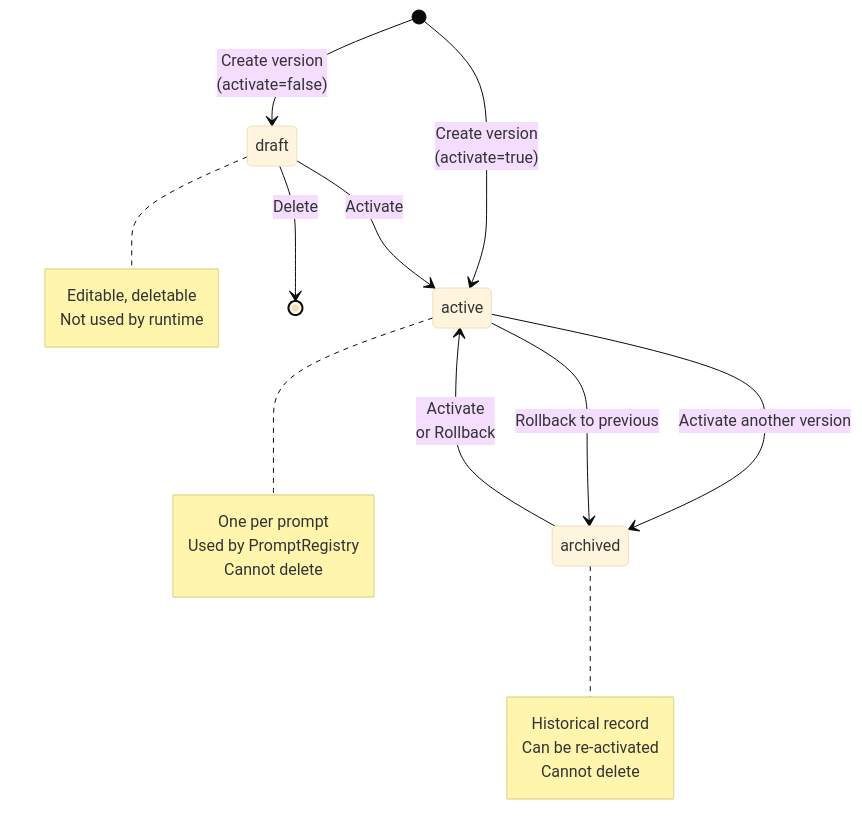
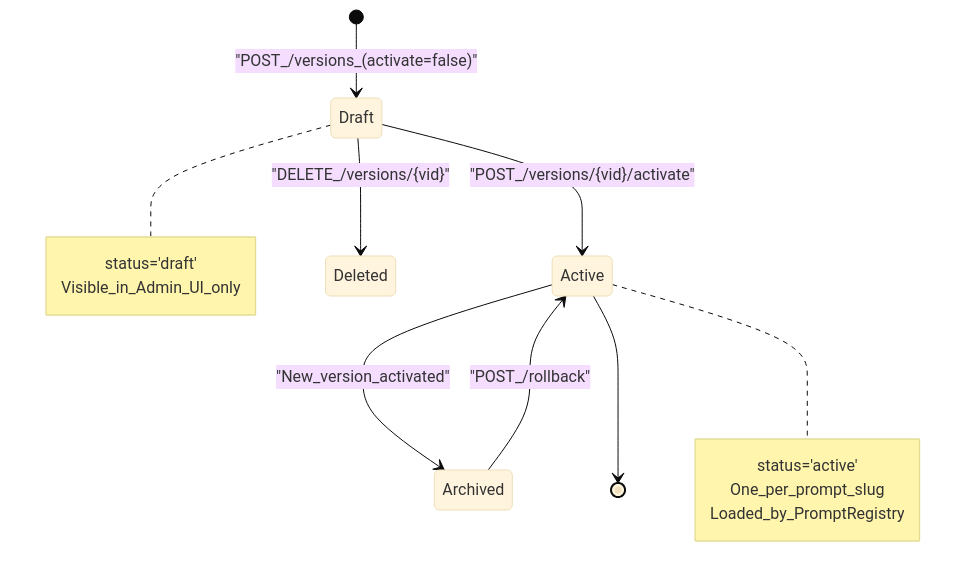
One commit to AutomatosAI/automatos-ai changed the second of 3 diagrams in docs/prompt-optimization/system-prompt-management.md. Above: the diagram before and after it, drawn with Mermaid (base theme). The commit also changed other lines of this file and 149 other files, not shown here.

Commit message:
docs: refresh documentation with graphify semantic scan

````diff
--- a/docs/prompt-optimization/system-prompt-management.md
+++ b/docs/prompt-optimization/system-prompt-management.md
@@ -593,30 +116,20 @@
 ```mermaid
 stateDiagram-v2
-    [*] --> draft : Create version<br/>(activate=false)
-    [*] --> active : Create version<br/>(activate=true)
+    [*] --> Draft : "POST_/versions_(activate=false)"
+    Draft --> Active : "POST_/versions/{vid}/activate"
+    Draft --> Deleted : "DELETE_/versions/{vid}"
+    Active --> Archived : "New_version_activated"
+    Archived --> Active : "POST_/rollback"
+    Active --> [*]
     
-    draft --> active : Activate
-    draft --> [*] : Delete
-    
-    active --> archived : Activate another version
-    active --> archived : Rollback to previous
-    
-    archived --> active : Activate<br/>or Rollback
-    
-    note right of draft
-        Editable, deletable
-        Not used by runtime
+    note right of Draft
+        status='draft'
+        Visible_in_Admin_UI_only
     end note
     
-    note right of active
-        One per prompt
-        Used by PromptRegistry
-        Cannot delete
-    end note
-    
-    note right of archived
-        Historical record
-        Can be re-activated
-        Cannot delete
+    note right of Active
+        status='active'
+        One_per_prompt_slug
+        Loaded_by_PromptRegistry
     end note
 ```
````
